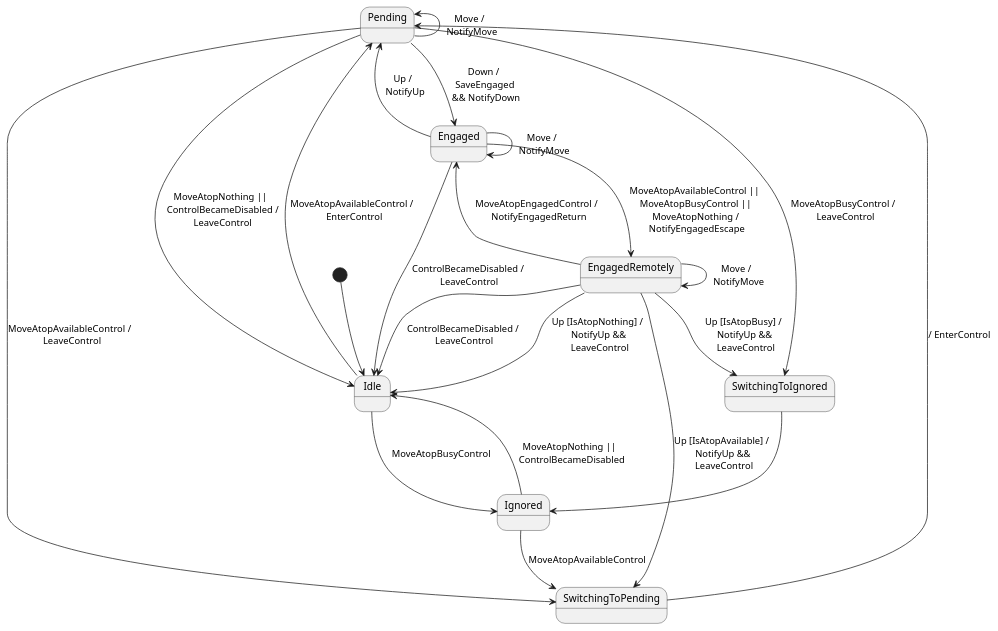
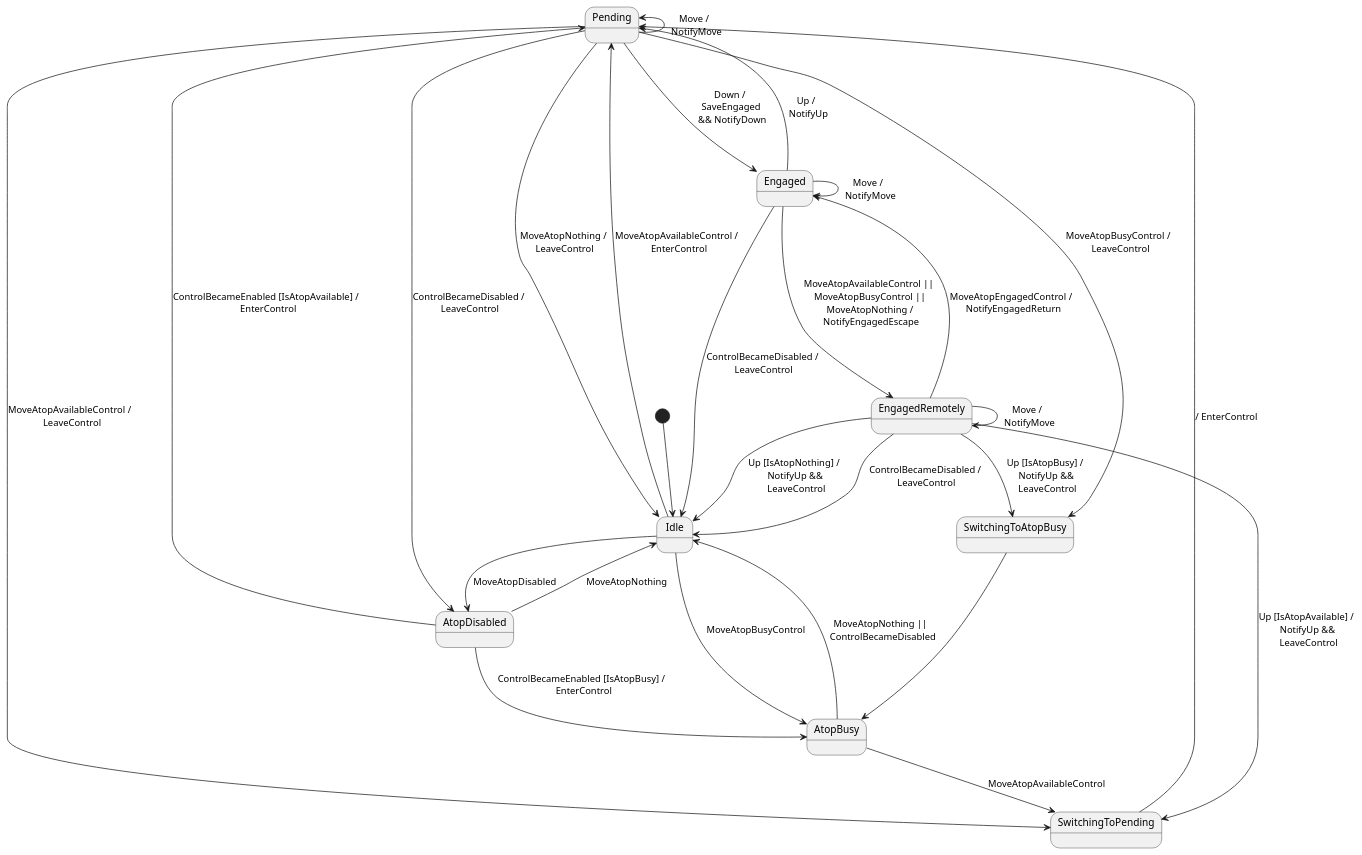
One commit to bobkocisko/libgui changed the diagram in Documentation/PointerInput.puml. Above: the diagram before and after it, drawn with PlantUML. The commit also changed 3 other files, not shown here.

Commit message:
Adding documentation options for dealing with the issue of resuming on a control that is re-enabled or enabled for the first time

```diff
--- a/Documentation/PointerInput.puml
+++ b/Documentation/PointerInput.puml
@@ -1,33 +1,39 @@
 @startuml
 
 [*] --> Idle
 
 Idle --> Pending: MoveAtopAvailableControl / \n EnterControl
-Idle -> Ignored: MoveAtopBusyControl
+Idle -> AtopBusy: MoveAtopBusyControl
+Idle --> AtopDisabled: MoveAtopDisabled
 
-Ignored -> Idle: MoveAtopNothing || \n ControlBecameDisabled
-Ignored --> SwitchingToPending: MoveAtopAvailableControl
+AtopDisabled -> Pending: ControlBecameEnabled [IsAtopAvailable] / \n EnterControl
+AtopDisabled --> AtopBusy: ControlBecameEnabled [IsAtopBusy] / \n EnterControl
+AtopDisabled --> Idle: MoveAtopNothing
+
+AtopBusy -> Idle: MoveAtopNothing || \n ControlBecameDisabled
+AtopBusy --> SwitchingToPending: MoveAtopAvailableControl
 
 SwitchingToPending -> Pending: / EnterControl
 
 Pending --> SwitchingToPending: MoveAtopAvailableControl / \n LeaveControl
-Pending --> SwitchingToIgnored: MoveAtopBusyControl / \n LeaveControl
-Pending --> Idle: MoveAtopNothing || \n ControlBecameDisabled /\n LeaveControl
+Pending --> SwitchingToAtopBusy: MoveAtopBusyControl / \n LeaveControl
+Pending --> Idle: MoveAtopNothing /\n LeaveControl
 Pending -left-> Pending: Move / \n NotifyMove
 Pending --> Engaged: Down / \n SaveEngaged \n && NotifyDown
+Pending -left-> AtopDisabled: ControlBecameDisabled /\n LeaveControl
 
-Engaged --> Pending: Up / \n NotifyUp
+Engaged ---> Pending: Up / \n NotifyUp
 Engaged --> EngagedRemotely: MoveAtopAvailableControl || \n MoveAtopBusyControl || \n MoveAtopNothing / \n NotifyEngagedEscape
 Engaged --> Engaged: Move / \n NotifyMove
 Engaged --> Idle:  ControlBecameDisabled /\n LeaveControl
 
-EngagedRemotely --> Engaged: MoveAtopEngagedControl / \n NotifyEngagedReturn
+EngagedRemotely ---> Engaged: MoveAtopEngagedControl / \n NotifyEngagedReturn
 EngagedRemotely --> Idle: Up [IsAtopNothing] / \n NotifyUp && \n LeaveControl
-EngagedRemotely --> SwitchingToIgnored: Up [IsAtopBusy] / \n NotifyUp && \n LeaveControl
+EngagedRemotely --> SwitchingToAtopBusy: Up [IsAtopBusy] / \n NotifyUp && \n LeaveControl
 EngagedRemotely --> SwitchingToPending: Up [IsAtopAvailable] / \n NotifyUp && \n LeaveControl
 EngagedRemotely --> EngagedRemotely: Move / \n NotifyMove
 EngagedRemotely --> Idle:  ControlBecameDisabled /\n LeaveControl
 
-SwitchingToIgnored --> Ignored
+SwitchingToAtopBusy --> AtopBusy
 
 @enduml
```
